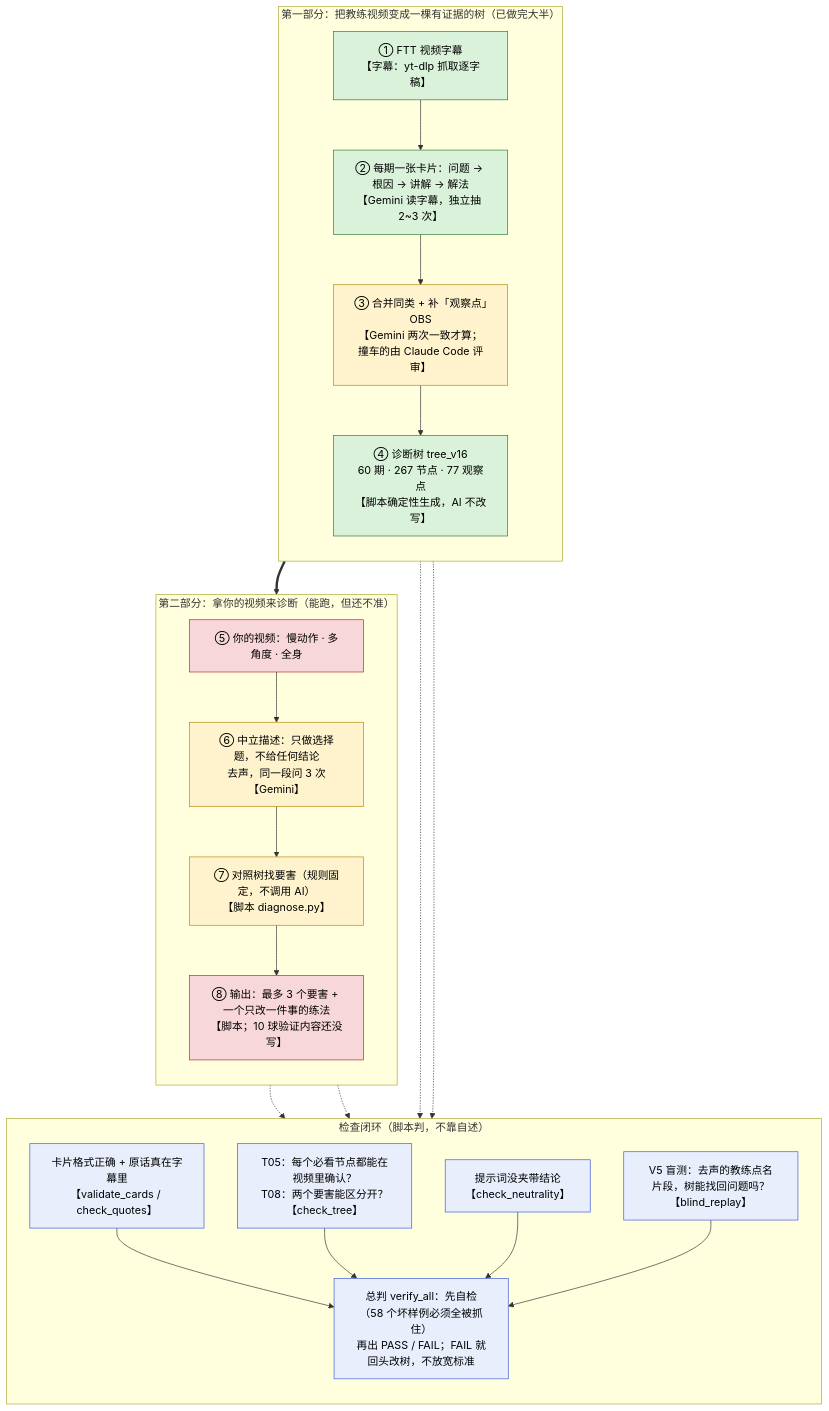
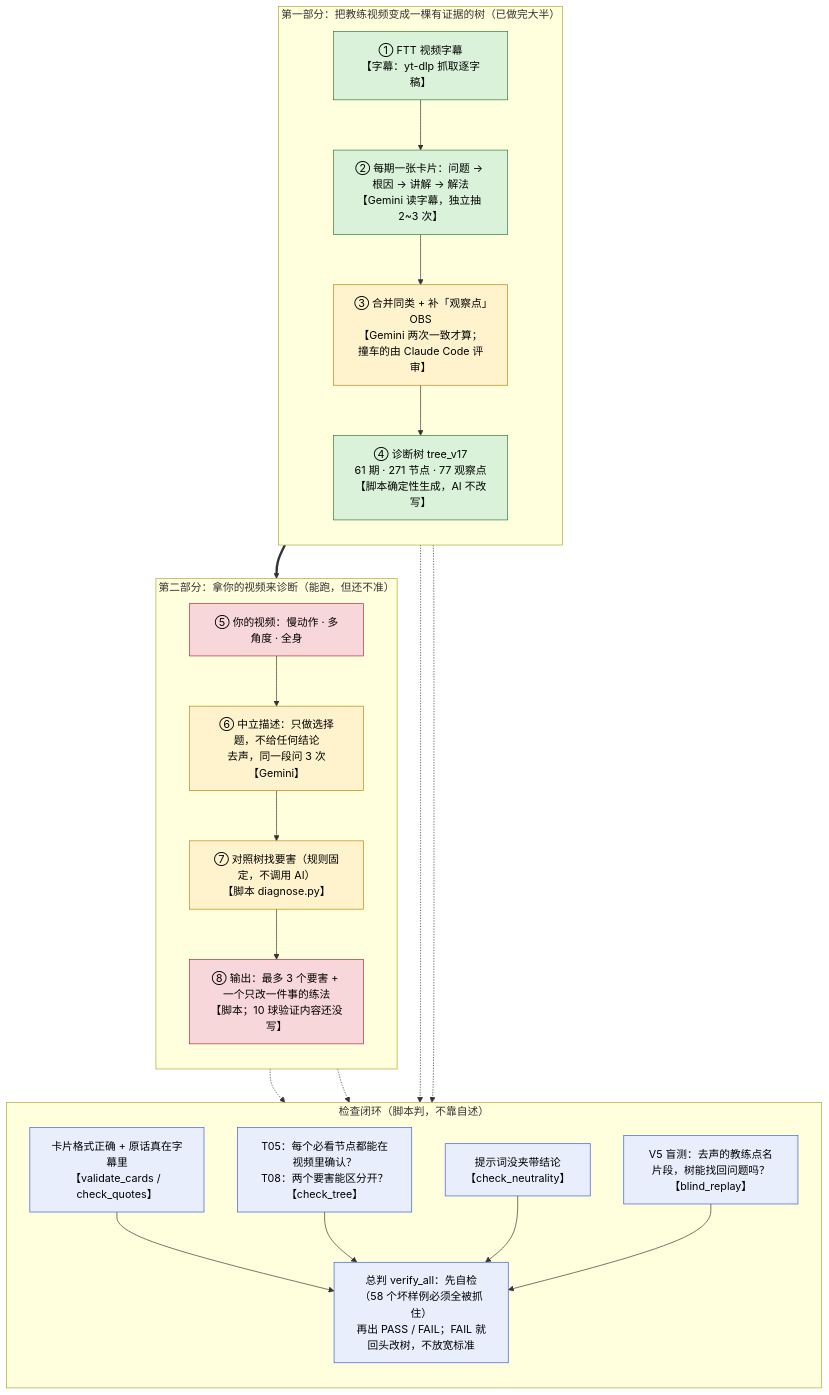
The diagram in docs/diagnosis/FLOW_overview.md (xiaollz/tennis_analyzer), drawn with Mermaid before and after one commit. The commit also changed 123 other files, not shown here.

````diff
--- a/docs/diagnosis/FLOW_overview.md
+++ b/docs/diagnosis/FLOW_overview.md
@@ -10,44 +10,44 @@
 ```mermaid
 flowchart TD
   subgraph L1["第一部分：把教练视频变成一棵有证据的树（已做完大半）"]
     direction TB
     A["① FTT 视频字幕<br/>【字幕：yt-dlp 抓取逐字稿】"]
     B["② 每期一张卡片：问题 → 根因 → 讲解 → 解法<br/>【Gemini 读字幕，独立抽 2~3 次】"]
     C["③ 合并同类 + 补「观察点」OBS<br/>【Gemini 两次一致才算；撞车的由 Claude Code 评审】"]
-    D["④ 诊断树 tree_v16<br/>60 期 · 267 节点 · 77 观察点<br/>【脚本确定性生成，AI 不改写】"]
+    D["④ 诊断树 tree_v17<br/>61 期 · 271 节点 · 77 观察点<br/>【脚本确定性生成，AI 不改写】"]
     A --> B --> C --> D
   end
   subgraph L2["第二部分：拿你的视频来诊断（能跑，但还不准）"]
     direction TB
     E["⑤ 你的视频：慢动作 · 多角度 · 全身"]
     F["⑥ 中立描述：只做选择题，不给任何结论<br/>去声，同一段问 3 次<br/>【Gemini】"]
     G["⑦ 对照树找要害（规则固定，不调用 AI）<br/>【脚本 diagnose.py】"]
     H["⑧ 输出：最多 3 个要害 + 一个只改一件事的练法<br/>【脚本；10 球验证内容还没写】"]
     E --> F --> G --> H
   end
   D ==> G
   subgraph L3["检查闭环（脚本判，不靠自述）"]
     direction TB
     V1["卡片格式正确 + 原话真在字幕里<br/>【validate_cards / check_quotes】"]
     V2["T05：每个必看节点都能在视频里确认？<br/>T08：两个要害能区分开？<br/>【check_tree】"]
     V3["提示词没夹带结论<br/>【check_neutrality】"]
     V4["V5 盲测：去声的教练点名片段，树能找回问题吗？<br/>【blind_replay】"]
     S["总判 verify_all：先自检（58 个坏样例必须全被抓住）<br/>再出 PASS / FAIL；FAIL 就回头改树，不放宽标准"]
     V1 --> S
     V2 --> S
     V3 --> S
     V4 --> S
   end
   B -.-> V1
   D -.-> V2
   F -.-> V3
   G -.-> V4
   classDef done fill:#d9f2d9,stroke:#2e7d32,color:#000
   classDef part fill:#fff3cd,stroke:#b8860b,color:#000
   classDef todo fill:#f8d7da,stroke:#b02a37,color:#000
   classDef chk fill:#e8eefc,stroke:#3b5bdb,color:#000
   class A,B,D done
   class C,F,G part
   class E,H todo
   class V1,V2,V3,V4,S chk
 ```
````
